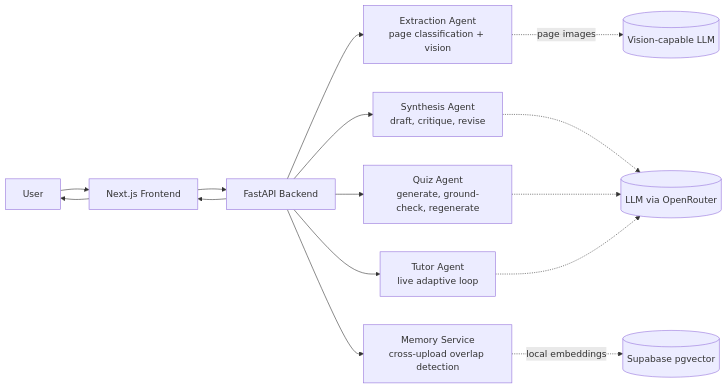
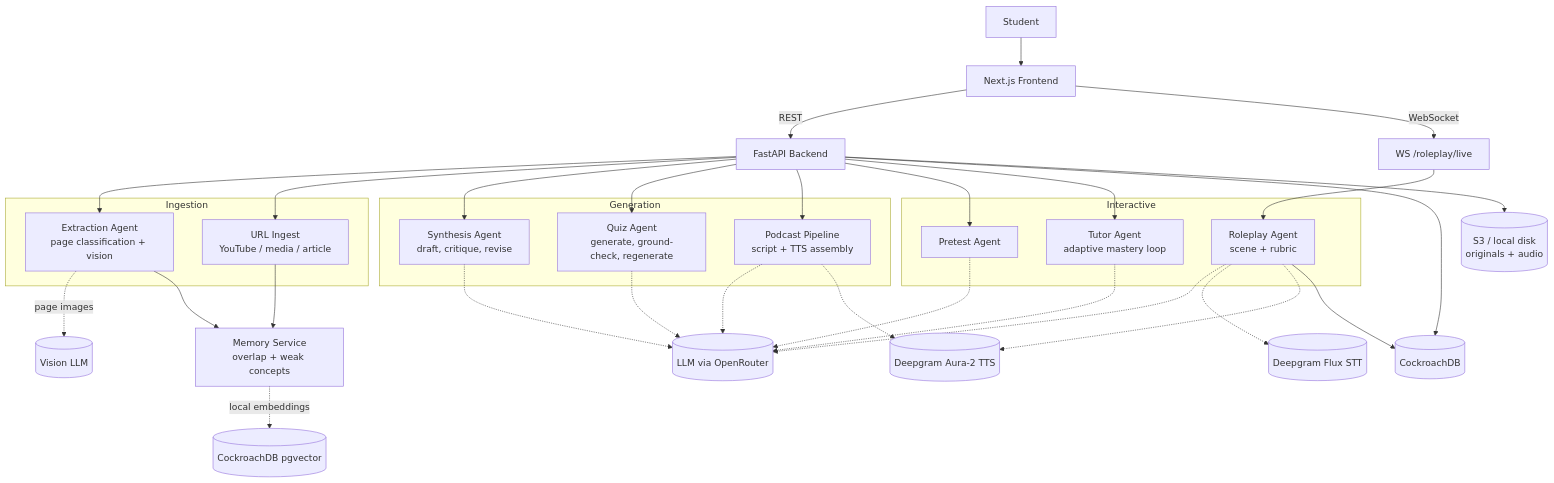
Before and after one commit to PranavReddyGaddam/Bloom: the first of 12 diagrams in README.md, drawn with Mermaid. The commit also changed other lines of this file and 2 other files, not shown here.

````diff
--- a/README.md
+++ b/README.md
@@ -27,20 +43,44 @@
 ```mermaid
-flowchart LR
-    U[User] --> FE[Next.js Frontend]
-    FE --> API[FastAPI Backend]
+flowchart TB
+    U[Student] --> FE[Next.js Frontend]
 
-    API --> EXTRACT[Extraction Agent<br/>page classification + vision]
-    API --> SYNTH[Synthesis Agent<br/>draft, critique, revise]
-    API --> QUIZ[Quiz Agent<br/>generate, ground-check, regenerate]
-    API --> TUTOR[Tutor Agent<br/>live adaptive loop]
-    API --> MEMSVC[Memory Service<br/>cross-upload overlap detection]
+    FE -->|REST| API[FastAPI Backend]
+    FE -->|WebSocket| WS["WS /roleplay/live"]
 
-    EXTRACT -.->|page images| VISION[(Vision-capable LLM)]
-    SYNTH -.-> LLM[(LLM via OpenRouter)]
-    QUIZ -.-> LLM
-    TUTOR -.-> LLM
-    MEMSVC -.->|local embeddings| VDB[(Supabase pgvector)]
+    subgraph Ingestion
+        EXTRACT[Extraction Agent<br/>page classification + vision]
+        URL[URL Ingest<br/>YouTube / media / article]
+    end
 
-    API --> FE
-    FE --> U
+    subgraph Generation
+        SYNTH[Synthesis Agent<br/>draft, critique, revise]
+        QUIZ[Quiz Agent<br/>generate, ground-check, regenerate]
+        POD[Podcast Pipeline<br/>script + TTS assembly]
+    end
+
+    subgraph Interactive
+        PRE[Pretest Agent]
+        TUTOR[Tutor Agent<br/>adaptive mastery loop]
+        RP[Roleplay Agent<br/>scene + rubric]
+    end
+
+    MEMSVC[Memory Service<br/>overlap + weak concepts]
+
+    API --> EXTRACT & URL
+    API --> SYNTH & QUIZ & POD
+    API --> PRE & TUTOR
+    WS --> RP
+
+    EXTRACT -.->|page images| VISION[(Vision LLM)]
+    SYNTH & QUIZ & PRE & TUTOR & RP & POD -.-> LLM[(LLM via OpenRouter)]
+    POD -.-> TTS[(Deepgram Aura-2 TTS)]
+    RP -.-> STT[(Deepgram Flux STT)]
+    RP -.-> TTS
+
+    EXTRACT & URL --> MEMSVC
+    MEMSVC -.->|local embeddings| VDB[(CockroachDB pgvector)]
+
+    API --> DB[(CockroachDB)]
+    RP --> DB
+    API --> S3[(S3 / local disk<br/>originals + audio)]
 ```
````
